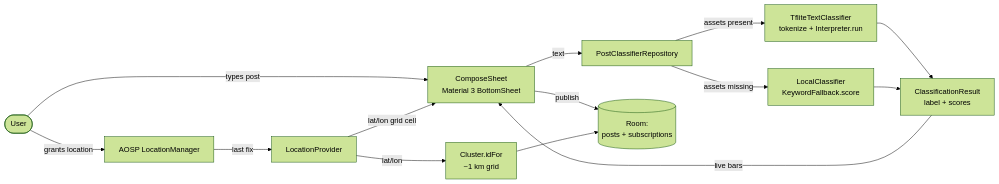
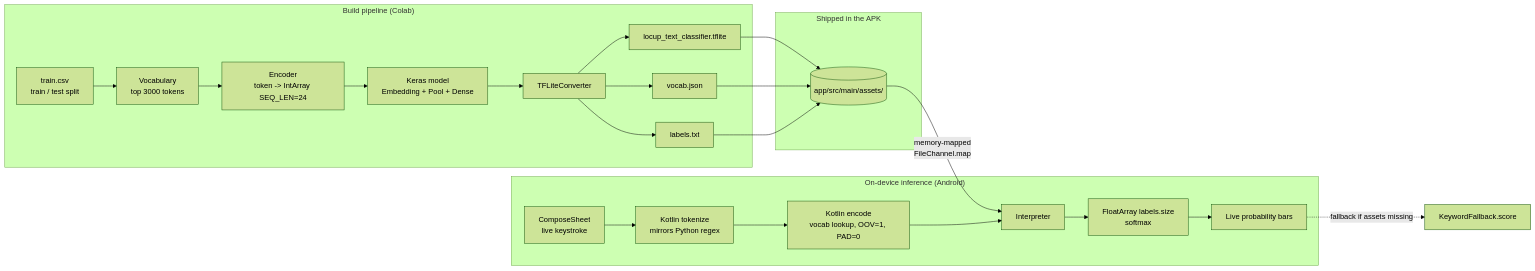
One commit to rakesh1308/towntalk changed the diagram in README.md. Above: the diagram before and after it, drawn with Mermaid (forest theme). The commit also changed other lines of this file, not shown here.

First line of the commit message:
Tighten README; replace diagram with end-to-end AI/ML pipeline

````diff
--- a/README.md
+++ b/README.md
@@ -32,20 +32,29 @@
 ```mermaid
 flowchart LR
-    User([User]) -->|types post| Compose[ComposeSheet<br/>Material 3 BottomSheet]
-    User -->|grants location| AOSP[AOSP LocationManager]
+    subgraph Build["Build pipeline (Colab)"]
+        CSV[train.csv<br/>train / test split] --> V[Vocabulary<br/>top 3000 tokens]
+        V --> E[Encoder<br/>token -> IntArray SEQ_LEN=24]
+        E --> K[Keras model<br/>Embedding + Pool + Dense]
+        K --> C[TFLiteConverter]
+        C --> A1[locup_text_classifier.tflite]
+        C --> A2[vocab.json]
+        C --> A3[labels.txt]
+    end
 
-    Compose -->|text| Repo[PostClassifierRepository]
-    AOSP -->|last fix| Loc[LocationProvider]
-    Loc -->|lat/lon grid cell| Compose
+    subgraph Ship["Shipped in the APK"]
+        A1 --> Assets[(app/src/main/assets/)]
+        A2 --> Assets
+        A3 --> Assets
+    end
 
-    Repo -->|assets present| TFLite[TfliteTextClassifier<br/>tokenize + Interpreter.run]
-    Repo -->|assets missing| Fallback[LocalClassifier<br/>KeywordFallback.score]
+    subgraph Runtime["On-device inference (Android)"]
+        Compose[ComposeSheet<br/>live keystroke] --> Tok[Kotlin tokenize<br/>mirrors Python regex]
+        Assets -->|memory-mapped<br/>FileChannel.map| TFLite[Interpreter]
+        Tok --> Enc[Kotlin encode<br/>vocab lookup, OOV=1, PAD=0]
+        Enc --> TFLite
+        TFLite --> Out[FloatArray labels.size<br/>softmax]
+        Out --> Bars[Live probability bars]
+    end
 
-    TFLite --> Result[ClassificationResult<br/>label + scores]
-    Fallback --> Result
-    Result -->|live bars| Compose
-
-    Compose -->|publish| Posts[(Room:<br/>posts + subscriptions)]
-    Loc -->|lat/lon| Cluster[Cluster.idFor<br/>~1 km grid]
-    Cluster --> Posts
+    Bars -.fallback if assets missing.-> KW[KeywordFallback.score]
 ```
````
